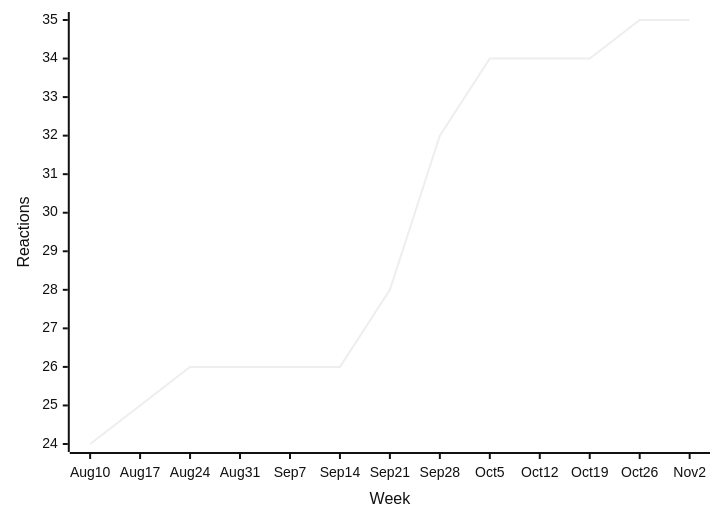
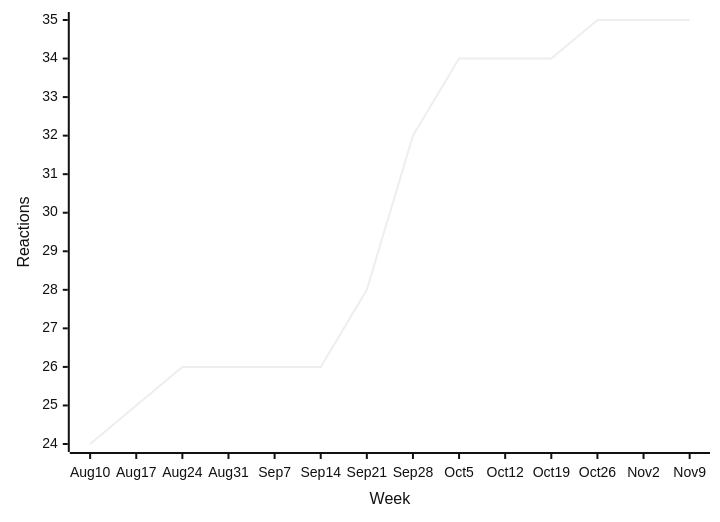
The ninth of 38 diagrams in README.md (loic-sharma/github-insights), drawn with Mermaid (neutral theme) before and after one commit. The commit also changed other lines of this file and 3 other files, not shown here.

````diff
--- a/README.md
+++ b/README.md
@@ -494,6 +460,6 @@
   ```mermaid
   xychart-beta
-    x-axis "Week" [Aug 10, Aug 17, Aug 24, Aug 31, Sep 7, Sep 14, Sep 21, Sep 28, Oct 5, Oct 12, Oct 19, Oct 26, Nov 2]
+    x-axis "Week" [Aug 10, Aug 17, Aug 24, Aug 31, Sep 7, Sep 14, Sep 21, Sep 28, Oct 5, Oct 12, Oct 19, Oct 26, Nov 2, Nov 9]
     y-axis "Reactions"
-    line [24, 25, 26, 26, 26, 26, 28, 32, 34, 34, 34, 35, 35]
+    line [24, 25, 26, 26, 26, 26, 28, 32, 34, 34, 34, 35, 35, 35]
   ```
````
